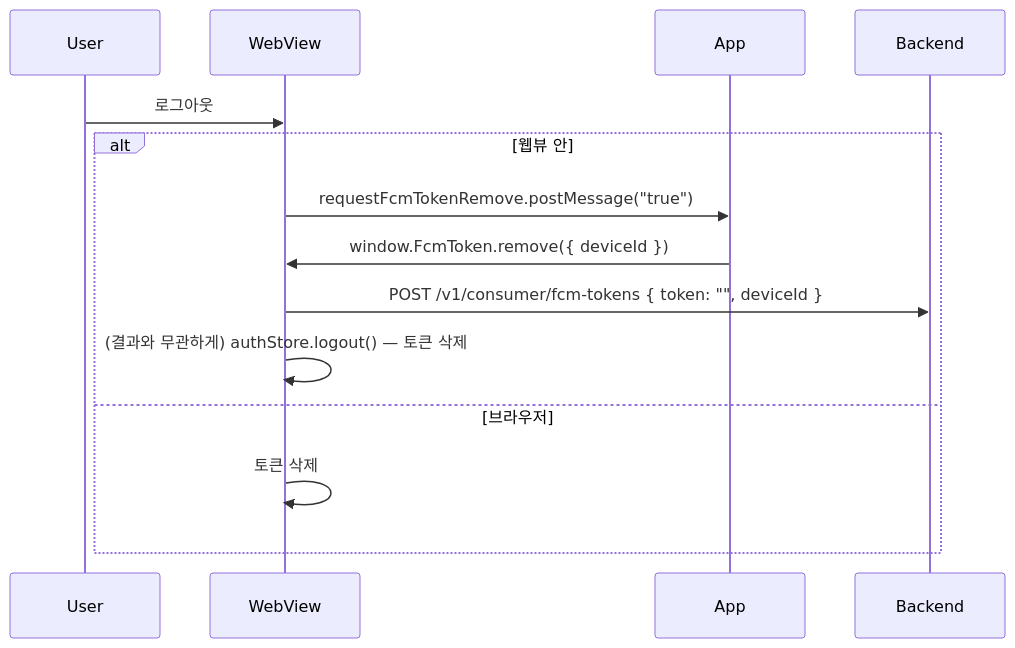
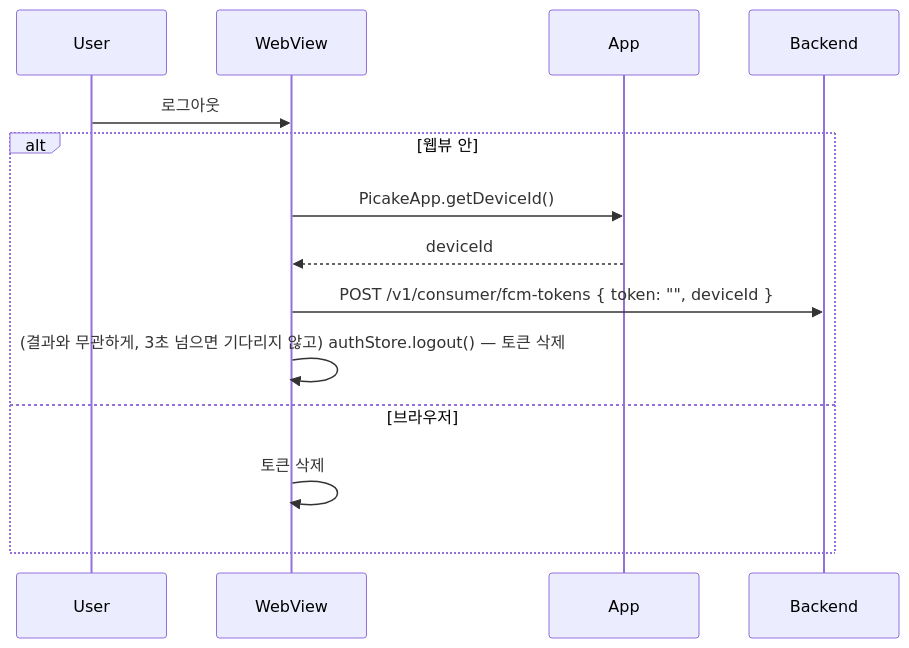
One commit to picake-team/picake-engineering-web changed the third of 3 diagrams in docs/common/feature/사용자 - 웹뷰 인증.md. Above: the diagram before and after it, drawn with Mermaid. The commit also changed other lines of this file and 9 other files, not shown here.

First line of the commit message:
[COMMON]: 문서·스킬을 새 앱 약속(window.PicakeApp)에 맞춤

````diff
--- a/docs/common/feature/사용자 - 웹뷰 인증.md
+++ b/docs/common/feature/사용자 - 웹뷰 인증.md
@@ -80,17 +86,17 @@
 ```mermaid
 sequenceDiagram
     participant U as User
     participant W as WebView
     participant F as App
     participant B as Backend
 
     U->>W: 로그아웃
     alt 웹뷰 안
-        W->>F: requestFcmTokenRemove.postMessage("true")
-        F->>W: window.FcmToken.remove({ deviceId })
+        W->>F: PicakeApp.getDeviceId()
+        F-->>W: deviceId
         W->>B: POST /v1/consumer/fcm-tokens { token: "", deviceId }
-        W->>W: (결과와 무관하게) authStore.logout() — 토큰 삭제
+        W->>W: (결과와 무관하게, 3초 넘으면 기다리지 않고) authStore.logout() — 토큰 삭제
     else 브라우저
         W->>W: 토큰 삭제
     end
 ```
````
